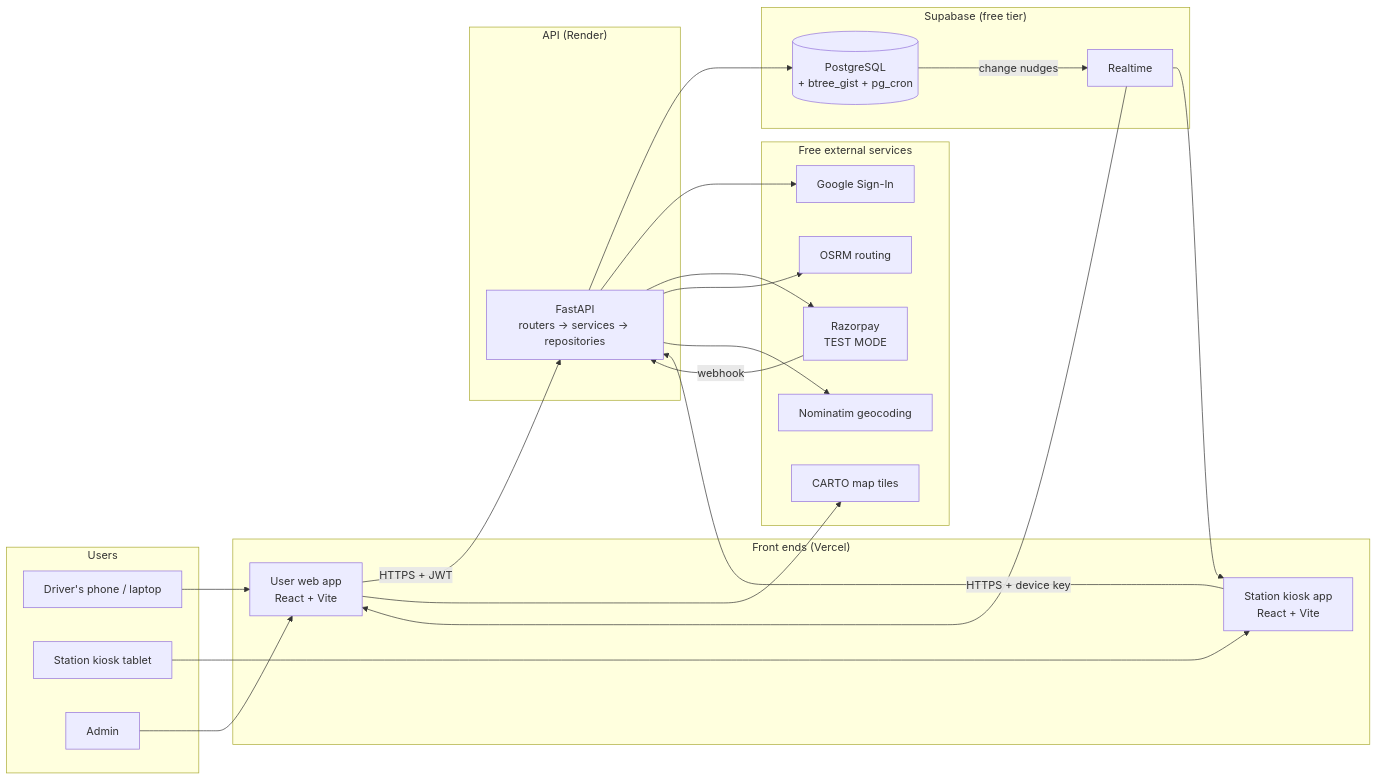
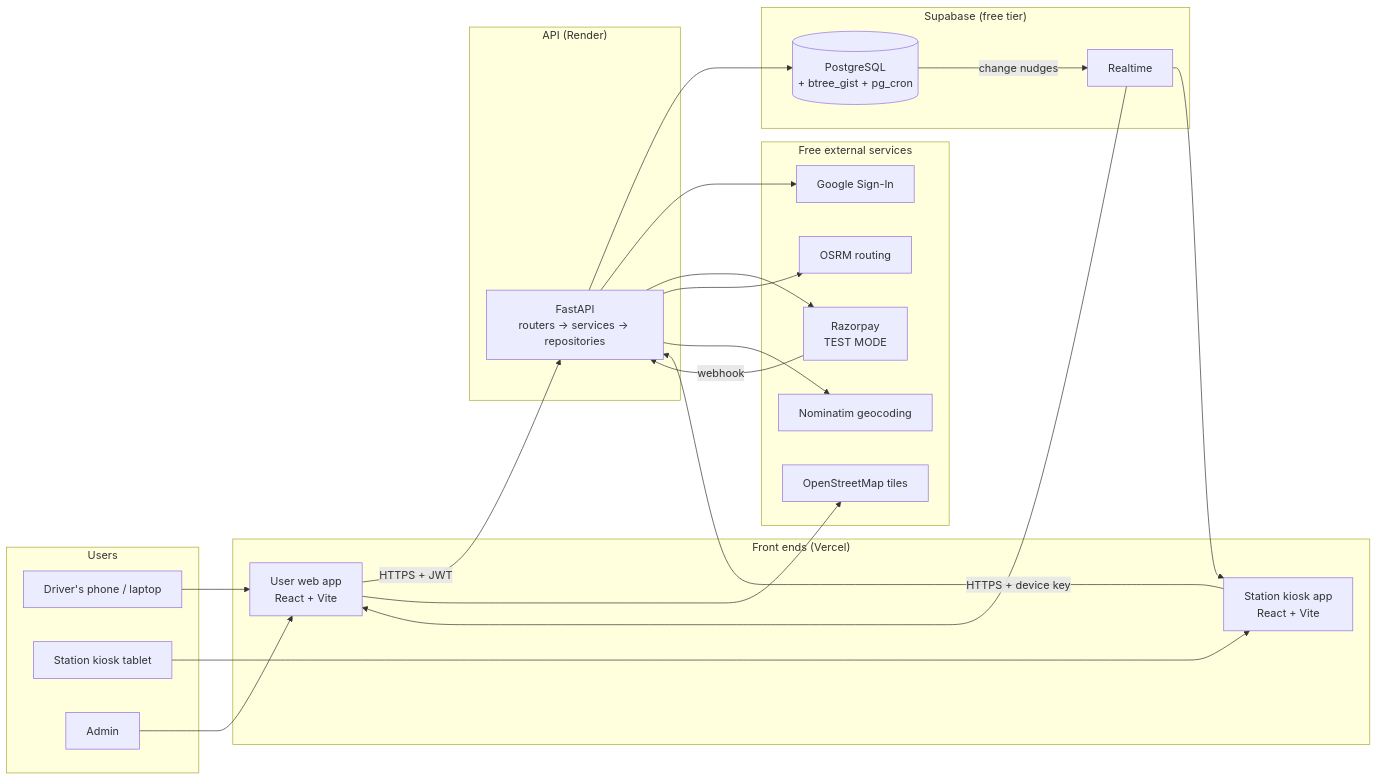
The first of 5 diagrams in docs/architecture.md (MeetChaniyara7/ChargeIT), drawn with Mermaid before and after one commit. The commit also changed other lines of this file and 110 other files, not shown here.

````diff
--- a/docs/architecture.md
+++ b/docs/architecture.md
@@ -35,46 +35,46 @@
 ```mermaid
 flowchart LR
     subgraph Users
         U[Driver's phone / laptop]
         K[Station kiosk tablet]
         A[Admin]
     end
 
     subgraph Frontends["Front ends (Vercel)"]
         W[User web app<br/>React + Vite]
         KA[Station kiosk app<br/>React + Vite]
     end
 
     subgraph Backend["API (Render)"]
         API[FastAPI<br/>routers → services → repositories]
     end
 
     subgraph Supabase["Supabase (free tier)"]
         DB[(PostgreSQL<br/>+ btree_gist + pg_cron)]
         RT[Realtime]
     end
 
     subgraph External["Free external services"]
         G[Google Sign-In]
         RZ[Razorpay<br/>TEST MODE]
         OSRM[OSRM routing]
         NOM[Nominatim geocoding]
-        TILES[CARTO map tiles]
+        TILES[OpenStreetMap tiles]
     end
 
     U --> W
     A --> W
     K --> KA
     W -->|HTTPS + JWT| API
     KA -->|HTTPS + device key| API
     API --> DB
     DB -->|"change nudges"| RT
     RT --> W
     RT --> KA
     API --> G
     API --> RZ
     RZ -->|webhook| API
     API --> OSRM
     API --> NOM
     W --> TILES
 ```
````
